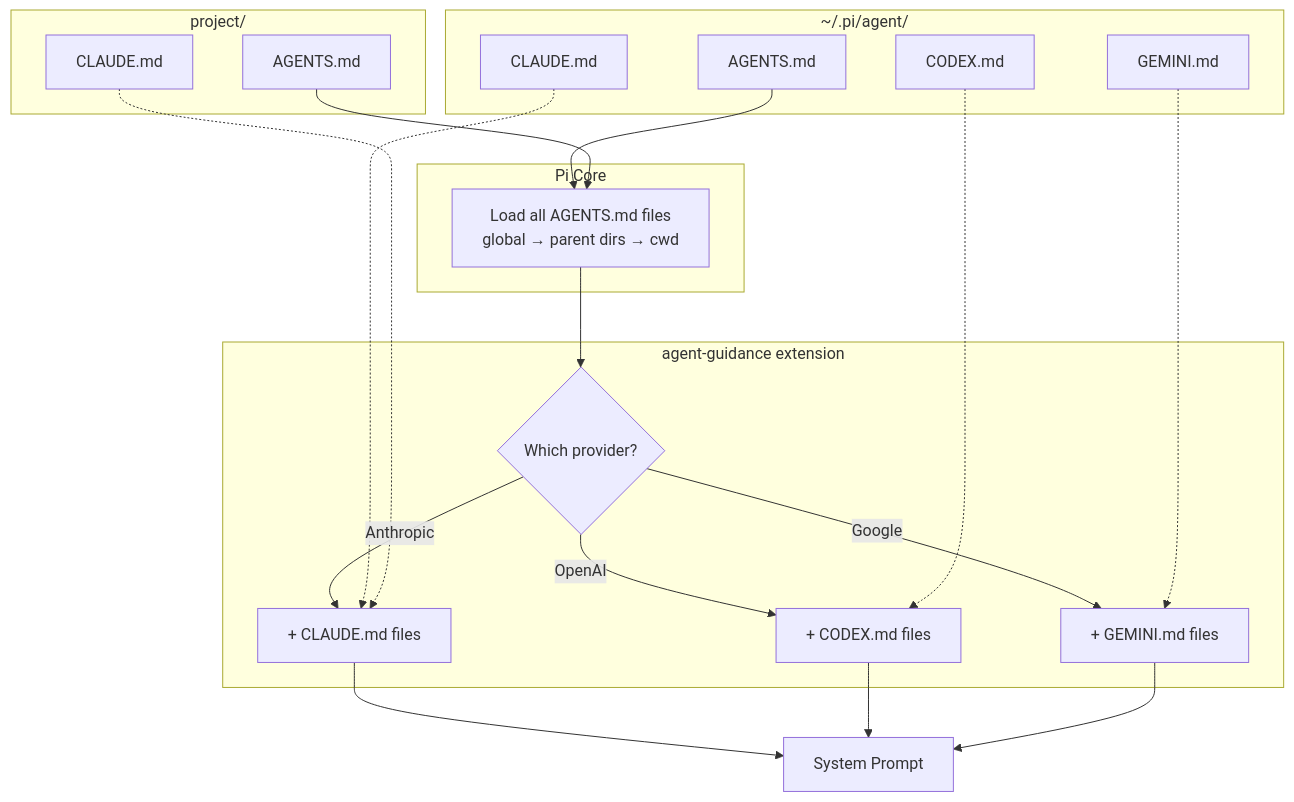
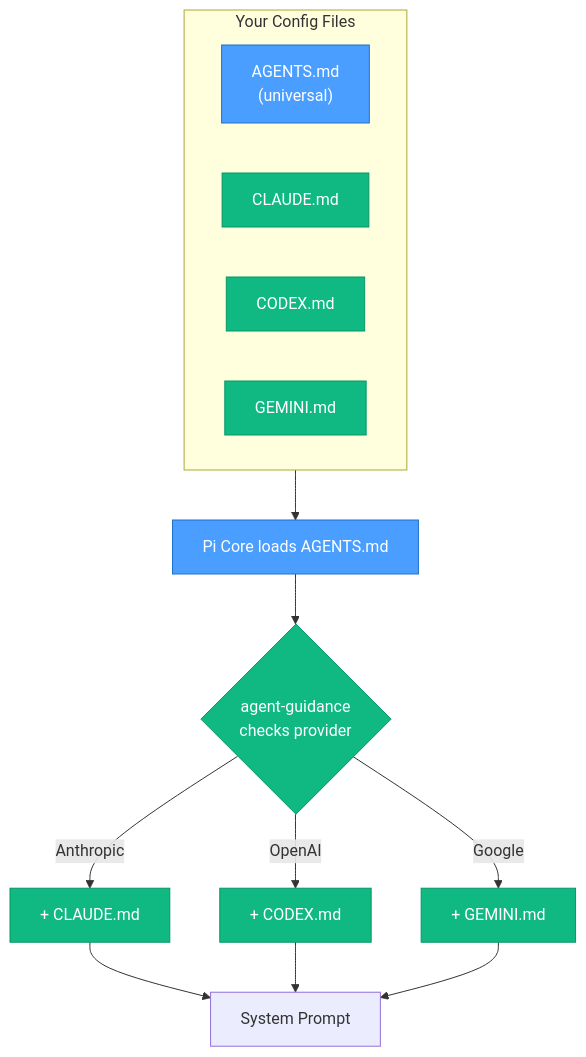
Before and after one commit to tmustier/pi-extensions: the diagram in agent-guidance/README.md, drawn with Mermaid. The commit also changed other lines of this file, not shown here.

Commit message:
Simplify diagram with colors
- Blue: Pi Core (AGENTS.md)
- Green: Extension (provider-specific files)
- Cleaner top-to-bottom flow

````diff
--- a/agent-guidance/README.md
+++ b/agent-guidance/README.md
@@ -7,42 +7,25 @@
 ```mermaid
 flowchart TB
-    subgraph Global ["~/.pi/agent/"]
-        G_AGENTS[AGENTS.md]
-        G_CLAUDE[CLAUDE.md]
-        G_CODEX[CODEX.md]
-        G_GEMINI[GEMINI.md]
+    subgraph Sources ["Your Config Files"]
+        direction LR
+        AGENTS["AGENTS.md<br/>(universal)"]:::core
+        CLAUDE["CLAUDE.md"]:::ext
+        CODEX["CODEX.md"]:::ext
+        GEMINI["GEMINI.md"]:::ext
     end
+
+    AGENTS --> CORE["Pi Core loads AGENTS.md"]:::core
     
-    subgraph Repo ["project/"]
-        R_AGENTS[AGENTS.md]
-        R_CLAUDE[CLAUDE.md]
-    end
+    CORE --> EXT{"agent-guidance<br/>checks provider"}:::ext
     
-    subgraph Core ["Pi Core"]
-        LOAD[Load all AGENTS.md files<br/>global → parent dirs → cwd]
-    end
+    EXT -->|Anthropic| C["+ CLAUDE.md"]:::ext
+    EXT -->|OpenAI| X["+ CODEX.md"]:::ext
+    EXT -->|Google| G["+ GEMINI.md"]:::ext
     
-    subgraph Ext ["agent-guidance extension"]
-        CHECK{Which provider?}
-        ADD_C[+ CLAUDE.md files]
-        ADD_X[+ CODEX.md files]
-        ADD_G[+ GEMINI.md files]
-    end
-    
-    G_AGENTS --> LOAD
-    R_AGENTS --> LOAD
-    LOAD --> CHECK
-    
-    CHECK -->|Anthropic| ADD_C
-    CHECK -->|OpenAI| ADD_X
-    CHECK -->|Google| ADD_G
-    
-    G_CLAUDE -.-> ADD_C
-    R_CLAUDE -.-> ADD_C
-    G_CODEX -.-> ADD_X
-    G_GEMINI -.-> ADD_G
-    
-    ADD_C --> PROMPT[System Prompt]
-    ADD_X --> PROMPT
-    ADD_G --> PROMPT
+    C --> PROMPT["System Prompt"]
+    X --> PROMPT
+    G --> PROMPT
+
+    classDef core fill:#4a9eff,stroke:#2171c7,color:#fff
+    classDef ext fill:#10b981,stroke:#059669,color:#fff
 ```
````
